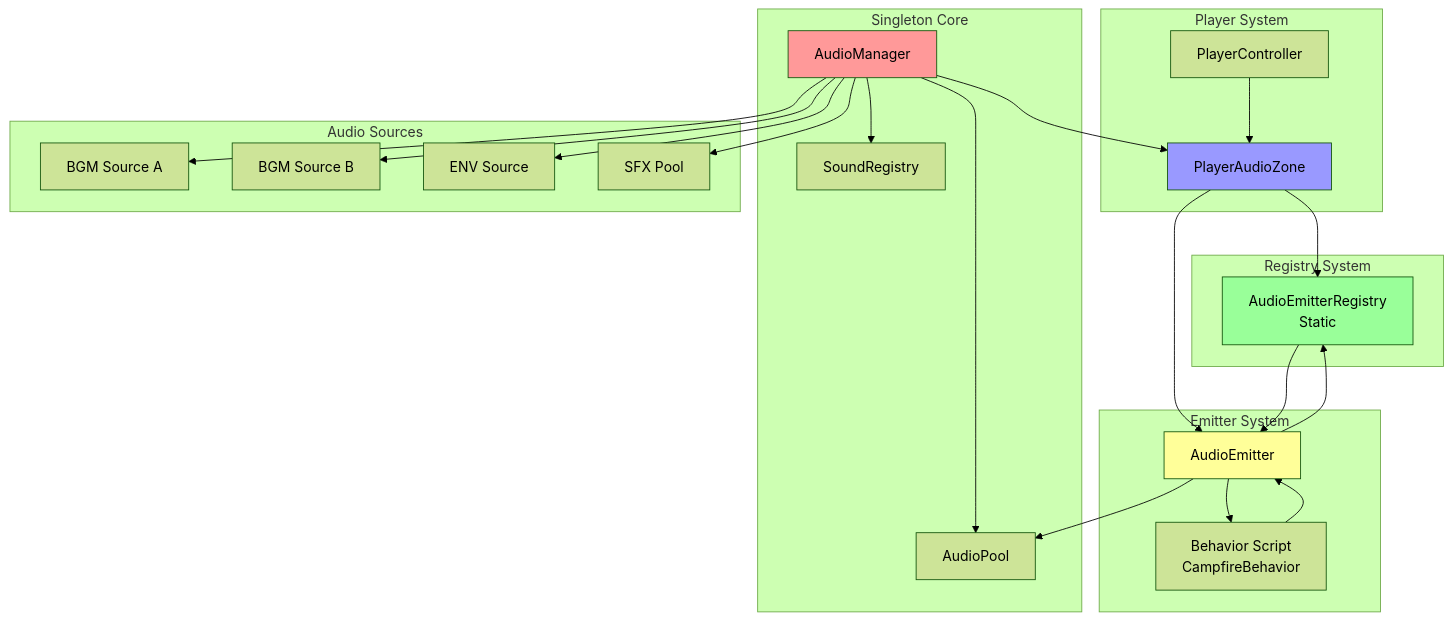
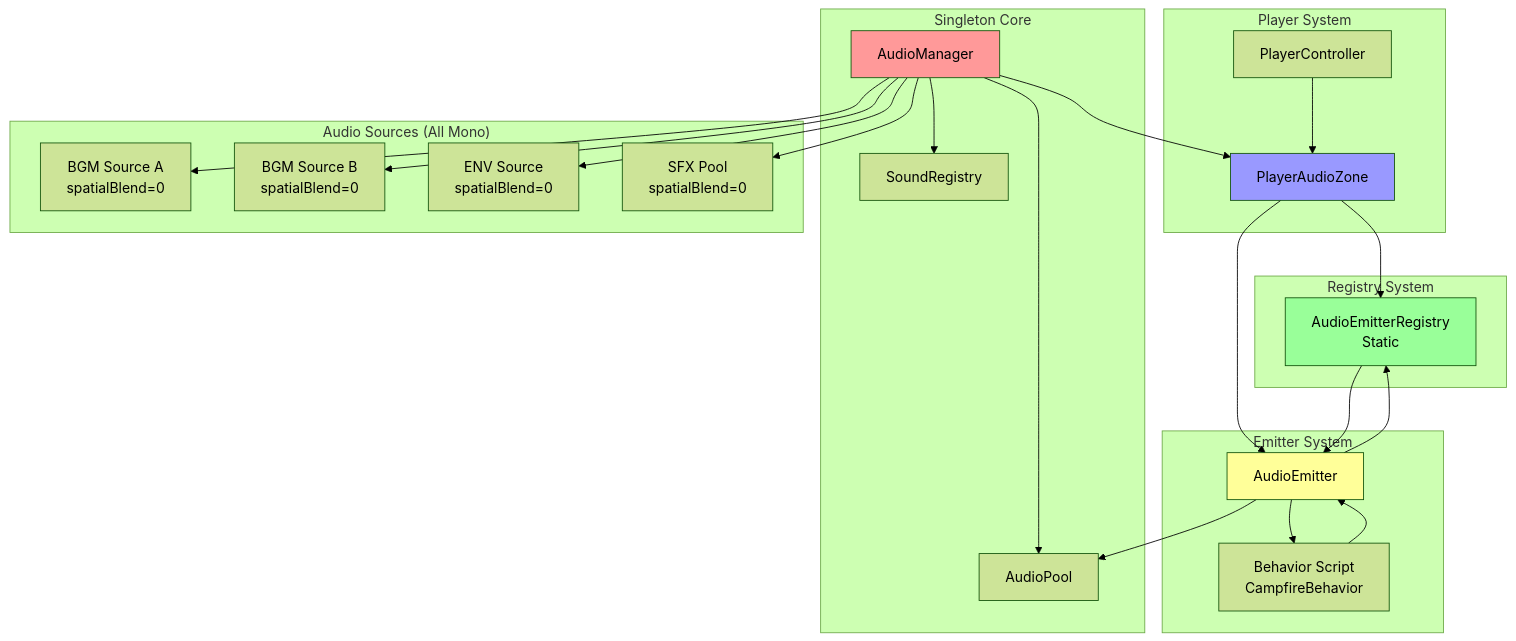
One commit to anh1124/Crab_farm changed the first of 12 diagrams in Help/Audio/Architecture.md. Above: the diagram before and after it, drawn with Mermaid (forest theme). The commit also changed other lines of this file and 28 other files, not shown here.

````diff
--- a/Help/Audio/Architecture.md
+++ b/Help/Audio/Architecture.md
@@ -5,54 +5,54 @@
 ```mermaid
 graph TB
     subgraph "Singleton Core"
         AM[AudioManager]
         AP[AudioPool]
         SR[SoundRegistry]
     end
     
     subgraph "Registry System"
         AER[AudioEmitterRegistry<br/>Static]
     end
     
     subgraph "Player System"
         PC[PlayerController]
         PAZ[PlayerAudioZone]
     end
     
     subgraph "Emitter System"
         AE[AudioEmitter]
         BEH[Behavior Script<br/>CampfireBehavior]
     end
     
-    subgraph "Audio Sources"
-        BGM1[BGM Source A]
-        BGM2[BGM Source B]
-        ENV[ENV Source]
-        SFX[SFX Pool]
+    subgraph "Audio Sources (All Mono)"
+        BGM1[BGM Source A<br/>spatialBlend=0]
+        BGM2[BGM Source B<br/>spatialBlend=0]
+        ENV[ENV Source<br/>spatialBlend=0]
+        SFX[SFX Pool<br/>spatialBlend=0]
     end
     
     AM --> AP
     AM --> SR
     AM --> BGM1
     AM --> BGM2
     AM --> ENV
     AM --> SFX
     AM --> PAZ
     
     PC --> PAZ
     PAZ --> AER
     PAZ --> AE
     
     AE --> AER
     AE --> AP
     AE --> BEH
     
     BEH --> AE
     
     AER --> AE
     
     style AM fill:#ff9999
     style AER fill:#99ff99
     style PAZ fill:#9999ff
     style AE fill:#ffff99
 ```
````
